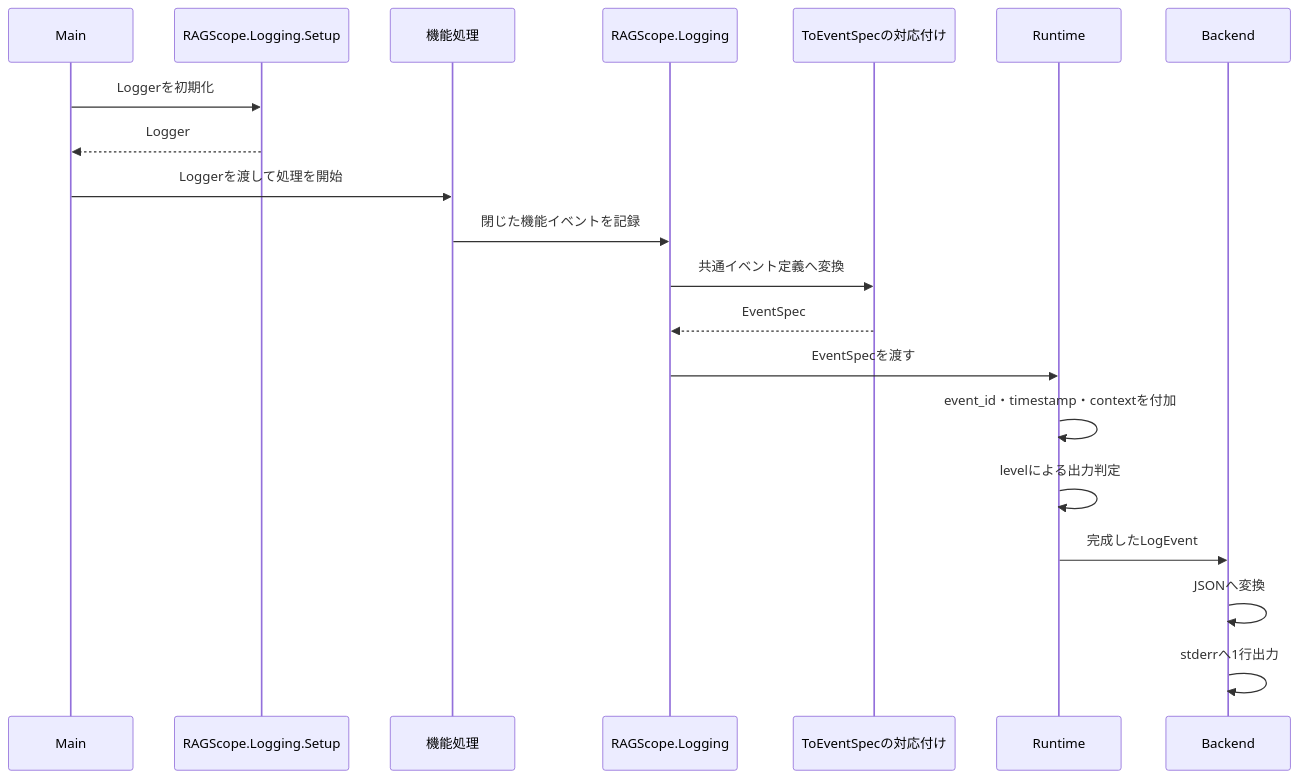
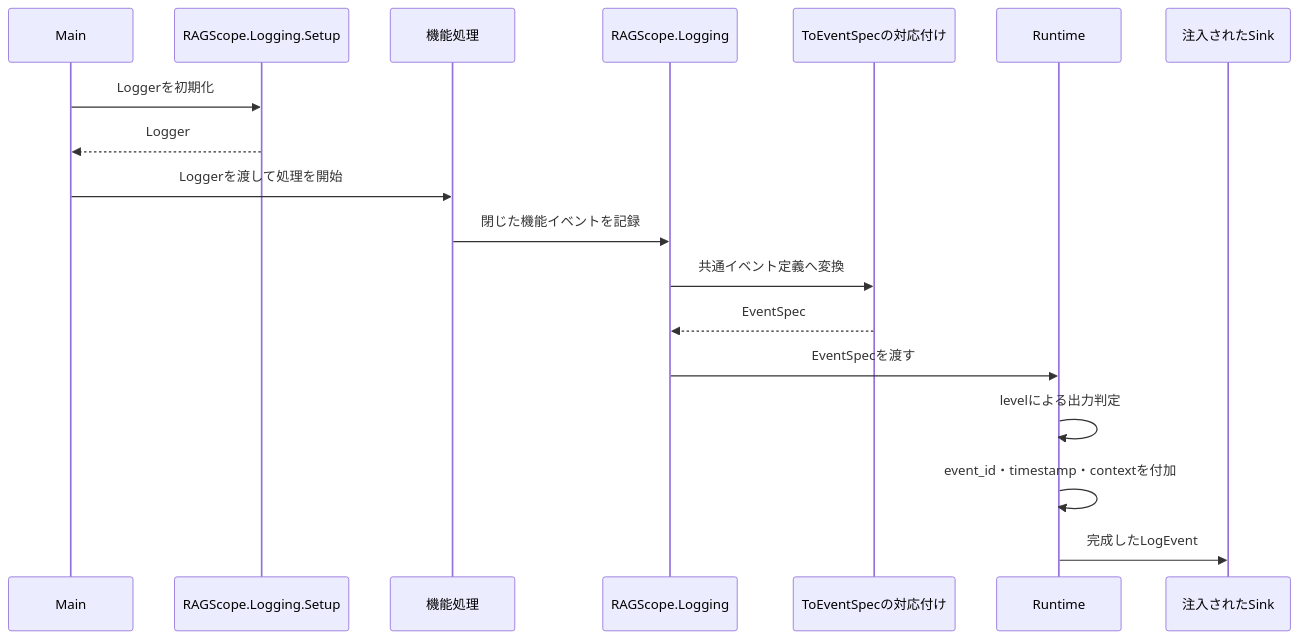
The fourth of 4 diagrams in project-docs/design/構造化ログ詳細設計.md (takashit16833/RAGScope), drawn with Mermaid before and after one commit. The commit also changed other lines of this file, not shown here.

````diff
--- a/project-docs/design/構造化ログ詳細設計.md
+++ b/project-docs/design/構造化ログ詳細設計.md
@@ -134,23 +143,21 @@
 ```mermaid
 sequenceDiagram
     participant Main
     participant Setup as RAGScope.Logging.Setup
     participant Process as 機能処理
     participant Logging as RAGScope.Logging
     participant Mapping as ToEventSpecの対応付け
     participant Runtime
-    participant Backend
+    participant Sink as 注入されたSink
 
     Main->>Setup: Loggerを初期化
     Setup-->>Main: Logger
     Main->>Process: Loggerを渡して処理を開始
     Process->>Logging: 閉じた機能イベントを記録
     Logging->>Mapping: 共通イベント定義へ変換
     Mapping-->>Logging: EventSpec
     Logging->>Runtime: EventSpecを渡す
+    Runtime->>Runtime: levelによる出力判定
     Runtime->>Runtime: event_id・timestamp・contextを付加
-    Runtime->>Runtime: levelによる出力判定
-    Runtime->>Backend: 完成したLogEvent
-    Backend->>Backend: JSONへ変換
-    Backend->>Backend: stderrへ1行出力
+    Runtime->>Sink: 完成したLogEvent
 ```
````
